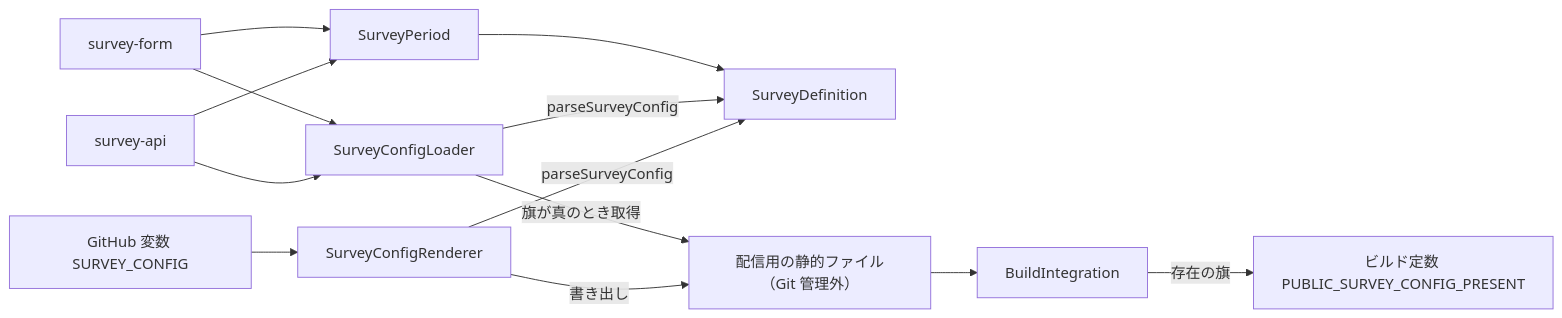
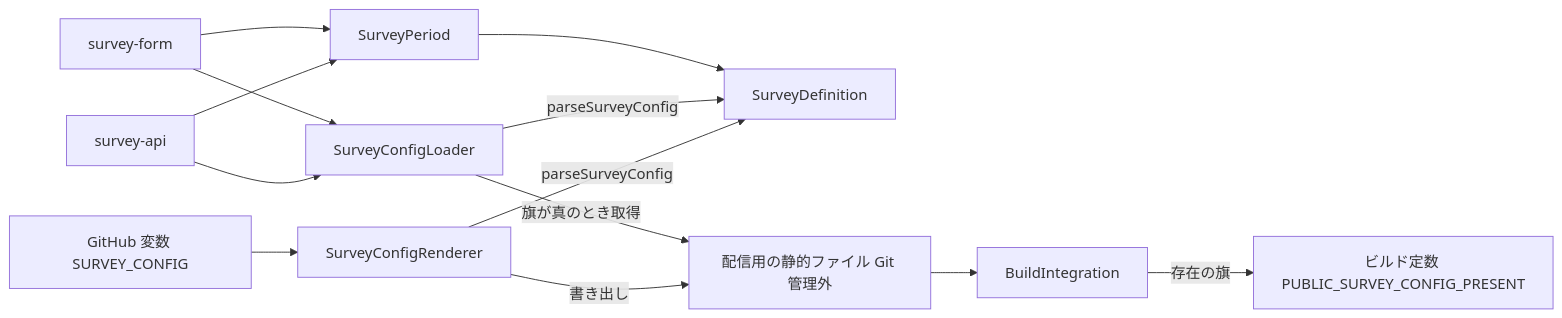
One commit to nekono-dev/skyshare changed the first of 2 diagrams in .kiro/specs/survey-definition/design.md. Above: the diagram before and after it, drawn with Mermaid. The commit also changed other lines of this file and 2 other files, not shown here.

Commit message:
survey-definition の要件・設計を cc-sdd の検査結果に合わせて修正

````diff
--- a/.kiro/specs/survey-definition/design.md
+++ b/.kiro/specs/survey-definition/design.md
@@ -64,15 +65,15 @@
 ```mermaid
 flowchart LR
   ext_var["GitHub 変数 SURVEY_CONFIG"] --> SurveyConfigRenderer
   SurveyConfigRenderer -->|parseSurveyConfig| SurveyDefinition
-  SurveyConfigRenderer -->|書き出し| ext_file["配信用の静的ファイル（Git 管理外）"]
+  SurveyConfigRenderer -->|書き出し| ext_file["配信用の静的ファイル Git 管理外"]
   BuildIntegration -->|存在の旗| ext_flag["ビルド定数 PUBLIC_SURVEY_CONFIG_PRESENT"]
   ext_file --> BuildIntegration
   SurveyConfigLoader -->|旗が真のとき取得| ext_file
   SurveyConfigLoader -->|parseSurveyConfig| SurveyDefinition
   SurveyPeriod --> SurveyDefinition
   ext_api["survey-api"] --> SurveyConfigLoader
   ext_api --> SurveyPeriod
   ext_form["survey-form"] --> SurveyConfigLoader
   ext_form --> SurveyPeriod
 ```
````
